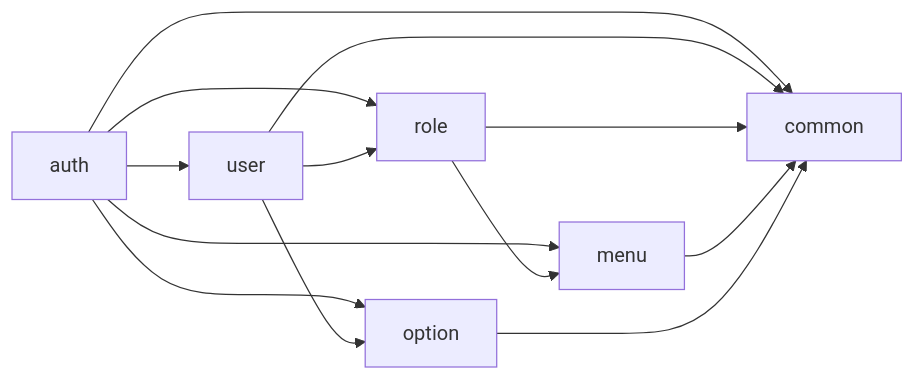
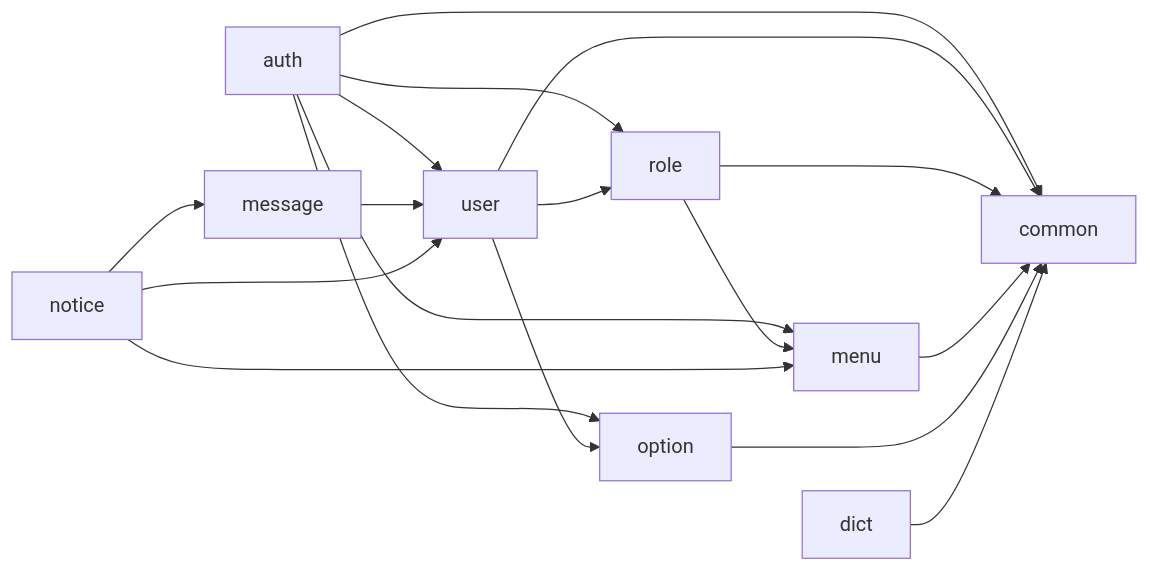
The diagram in backend/readme.md (LLP2333/IDP), drawn with Mermaid before and after one commit. The commit also changed other lines of this file and 75 other files, not shown here.

````diff
--- a/backend/readme.md
+++ b/backend/readme.md
@@ -55,15 +67,20 @@
 ```mermaid
 flowchart LR
   auth --> user
   auth --> role
   auth --> option
   auth --> menu
   auth --> common
   user --> role
   user --> option
   user --> common
   role --> menu
   role --> common
   menu --> common
   option --> common
+  message --> user
+  notice --> user
+  notice --> message
+  notice --> menu
+  dict --> common
 ```
````
